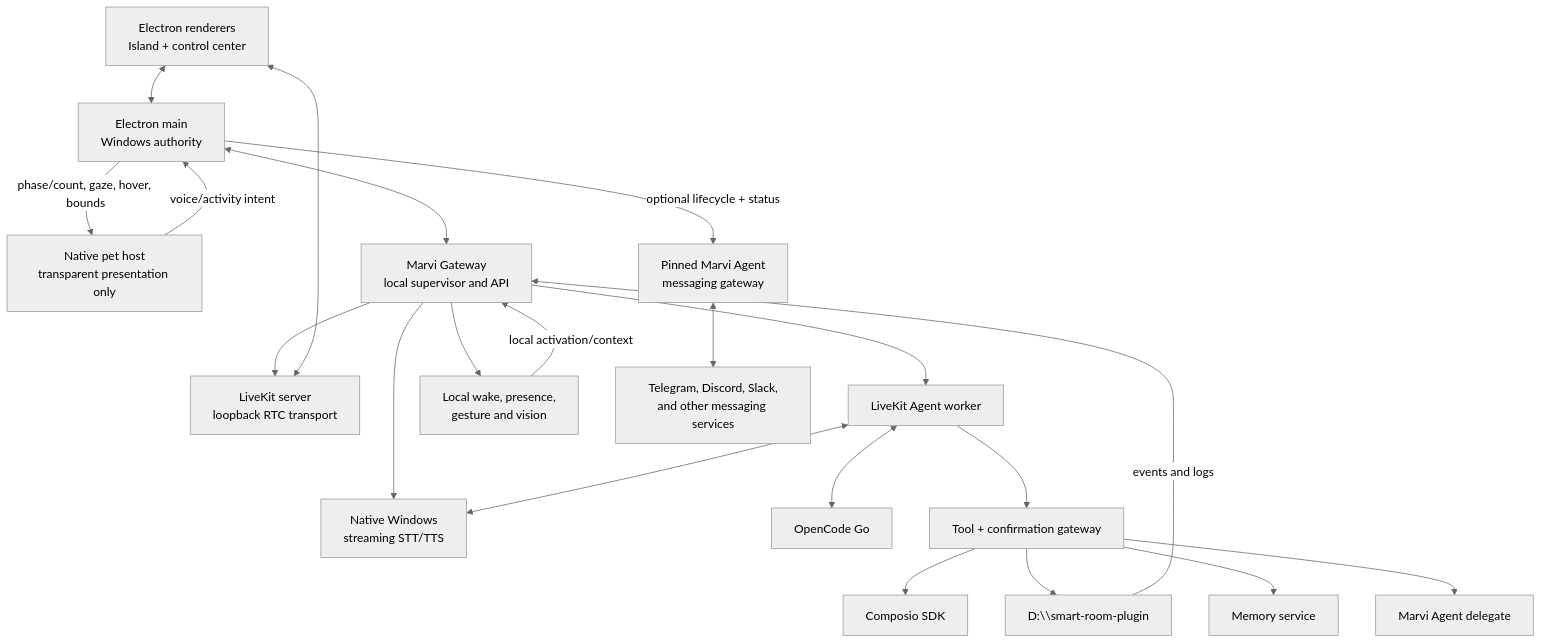
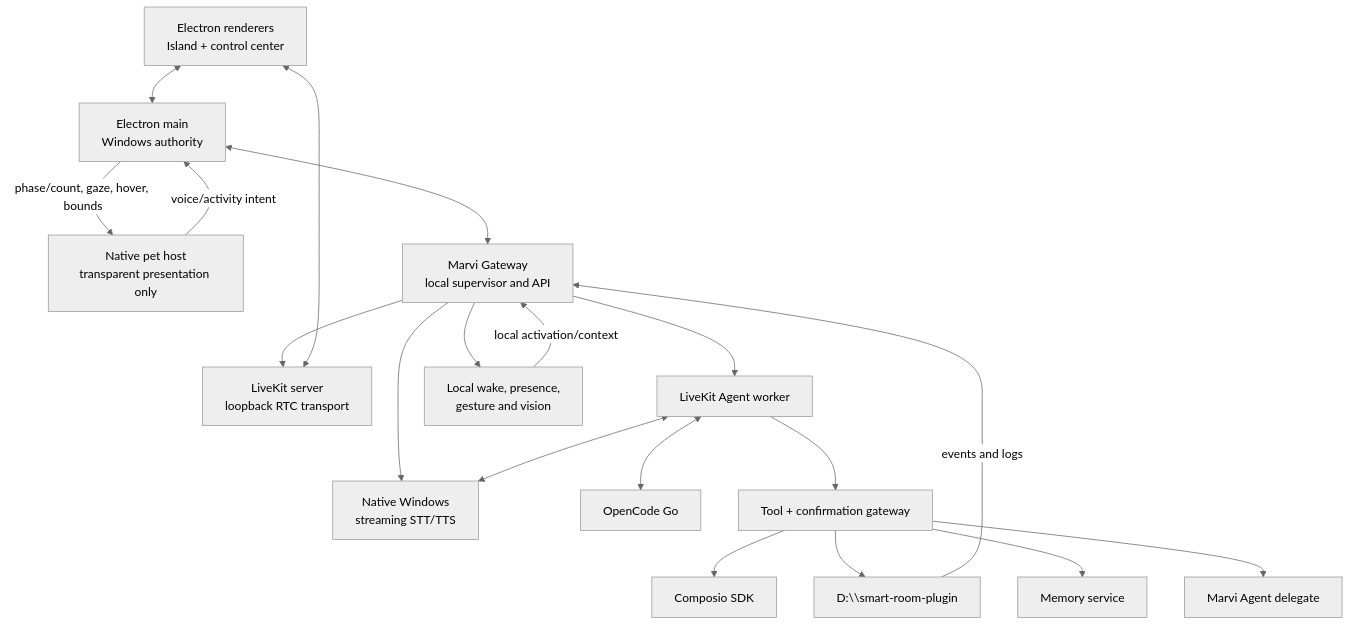
Before and after one commit to xRetr00/Marvi-OS: the diagram in docs/ARCHITECTURE.md, drawn with Mermaid (neutral theme). The commit also changed other lines of this file and 22 other files, not shown here.

````diff
--- a/docs/ARCHITECTURE.md
+++ b/docs/ARCHITECTURE.md
@@ -11,40 +11,36 @@
 ```mermaid
 flowchart TB
     UI["Electron renderers<br/>Island + control center"]
     Main["Electron main<br/>Windows authority"]
     Pet["Native pet host<br/>transparent presentation only"]
     Gateway["Marvi Gateway<br/>local supervisor and API"]
     LK["LiveKit server<br/>loopback RTC transport"]
     Agent["LiveKit Agent worker"]
     Voice["Native Windows<br/>streaming STT/TTS"]
     Sensors["Local wake, presence,<br/>gesture and vision"]
     LLM["OpenCode Go"]
     Tools["Tool + confirmation gateway"]
     Composio["Composio SDK"]
     Room["D:\\smart-room-plugin"]
     Memory["Memory service"]
     Deep["Marvi Agent delegate"]
-    Messaging["Pinned Marvi Agent<br/>messaging gateway"]
-    Channels["Telegram, Discord, Slack,<br/>and other messaging services"]
 
     UI <--> Main
     Main -->|phase/count, gaze, hover, bounds| Pet
     Pet -->|voice/activity intent| Main
     Main <--> Gateway
     Gateway --> LK
     Gateway --> Agent
     Gateway --> Voice
     Gateway --> Sensors
     UI <--> LK
     Agent <--> Voice
     Agent <--> LLM
     Agent --> Tools
     Tools --> Composio
     Tools --> Room
     Tools --> Memory
     Tools --> Deep
-    Main -->|optional lifecycle + status| Messaging
-    Messaging <--> Channels
     Room -->|events and logs| Gateway
     Sensors -->|local activation/context| Gateway
 ```
````
